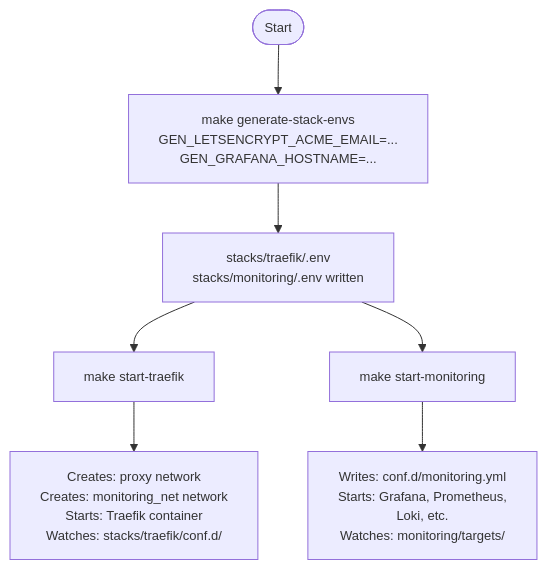
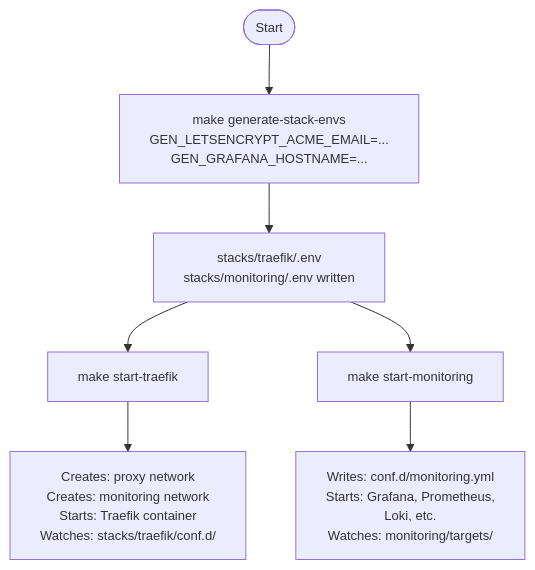
Before and after one commit to dhis2/docker-deployment: the first of 2 diagrams in docs/instance-management.md, drawn with Mermaid. The commit also changed other lines of this file and 4 other files, not shown here.

Commit message:
refactor: rename monitoring_net network to monitoring

````diff
--- a/docs/instance-management.md
+++ b/docs/instance-management.md
@@ -9,10 +9,10 @@
 ```mermaid
 %%{init: {"themeVariables": {"fontSize": "13px"}}}%%
 flowchart TD
     A([Start]) --> B["make generate-stack-envs<br/>GEN_LETSENCRYPT_ACME_EMAIL=...<br/>GEN_GRAFANA_HOSTNAME=..."]
     B --> C["stacks/traefik/.env<br/>stacks/monitoring/.env written"]
     C --> D["make start-traefik"]
     C --> E["make start-monitoring"]
-    D --> F["Creates: proxy network<br/>Creates: monitoring_net network<br/>Starts: Traefik container<br/>Watches: stacks/traefik/conf.d/"]
+    D --> F["Creates: proxy network<br/>Creates: monitoring network<br/>Starts: Traefik container<br/>Watches: stacks/traefik/conf.d/"]
     E --> G["Writes: conf.d/monitoring.yml<br/>Starts: Grafana, Prometheus,<br/>Loki, etc.<br/>Watches: monitoring/targets/"]
 ```
````
